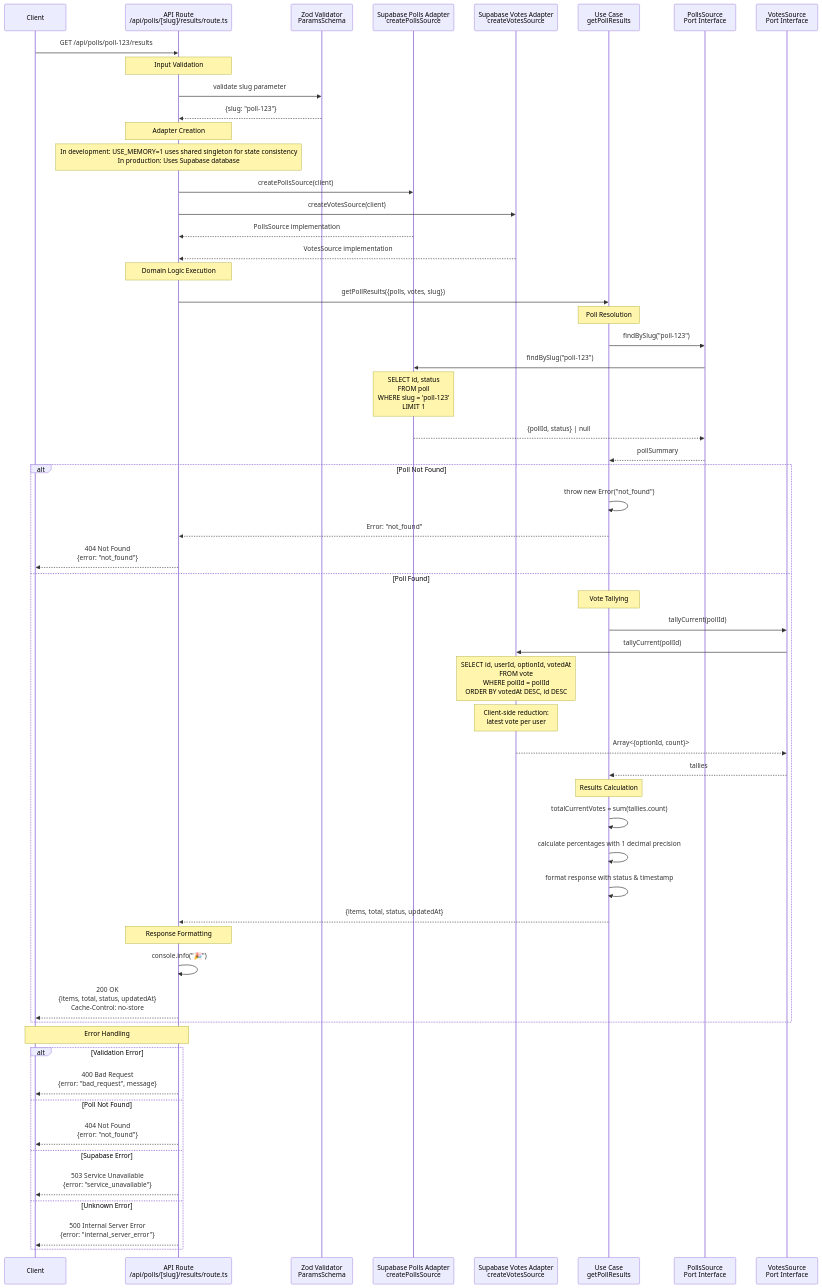
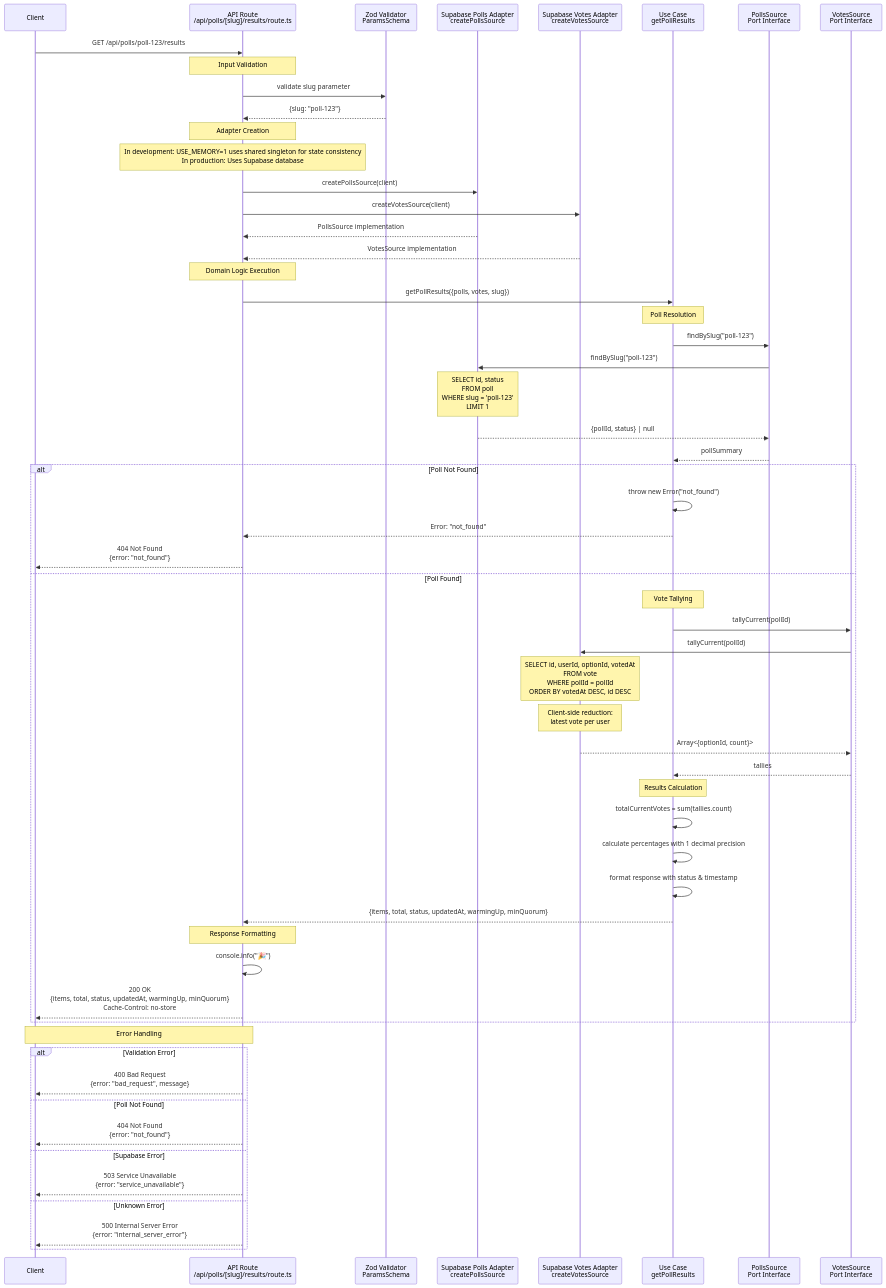
One commit to sandbox-as-a-service/directional-sentiment changed the diagram in .github/sequence-diagrams/get-poll-results.md. Above: the diagram before and after it, drawn with Mermaid. The commit also changed other lines of this file and 2 other files, not shown here.

Commit message:
feat: update API routes and sequence diagrams for poll feed and results endpoints

````diff
--- a/.github/sequence-diagrams/get-poll-results.md
+++ b/.github/sequence-diagrams/get-poll-results.md
@@ -5,74 +5,74 @@
 ```mermaid
 sequenceDiagram
     participant Client
     participant Route as API Route<br/>/api/polls/[slug]/results/route.ts
     participant Zod as Zod Validator<br/>ParamsSchema
     participant SupabasePollsAdapter as Supabase Polls Adapter<br/>createPollsSource
     participant SupabaseVotesAdapter as Supabase Votes Adapter<br/>createVotesSource
     participant UseCase as Use Case<br/>getPollResults
     participant PollsSource as PollsSource<br/>Port Interface
     participant VotesSource as VotesSource<br/>Port Interface
 
     Client->>Route: GET /api/polls/poll-123/results
 
     Note over Route: Input Validation
     Route->>Zod: validate slug parameter
     Zod-->>Route: {slug: "poll-123"}
 
     Note over Route: Adapter Creation
     Note over Route: In development: USE_MEMORY=1 uses shared singleton for state consistency<br/>In production: Uses Supabase database
     Route->>SupabasePollsAdapter: createPollsSource(client)
     Route->>SupabaseVotesAdapter: createVotesSource(client)
     SupabasePollsAdapter-->>Route: PollsSource implementation
     SupabaseVotesAdapter-->>Route: VotesSource implementation
 
     Note over Route: Domain Logic Execution
     Route->>UseCase: getPollResults({polls, votes, slug})
 
     Note over UseCase: Poll Resolution
     UseCase->>PollsSource: findBySlug("poll-123")
 
     PollsSource->>SupabasePollsAdapter: findBySlug("poll-123")
     Note over SupabasePollsAdapter: SELECT id, status<br/>FROM poll<br/>WHERE slug = 'poll-123'<br/>LIMIT 1
     SupabasePollsAdapter-->>PollsSource: {pollId, status} | null
 
     PollsSource-->>UseCase: pollSummary
 
     alt Poll Not Found
         UseCase->>UseCase: throw new Error("not_found")
         UseCase-->>Route: Error: "not_found"
         Route-->>Client: 404 Not Found<br/>{error: "not_found"}
     else Poll Found
         Note over UseCase: Vote Tallying
         UseCase->>VotesSource: tallyCurrent(pollId)
 
         VotesSource->>SupabaseVotesAdapter: tallyCurrent(pollId)
         Note over SupabaseVotesAdapter: SELECT id, userId, optionId, votedAt<br/>FROM vote<br/>WHERE pollId = pollId<br/>ORDER BY votedAt DESC, id DESC
         Note over SupabaseVotesAdapter: Client-side reduction:<br/>latest vote per user
         SupabaseVotesAdapter-->>VotesSource: Array<{optionId, count}>
 
         VotesSource-->>UseCase: tallies
 
         Note over UseCase: Results Calculation
         UseCase->>UseCase: totalCurrentVotes = sum(tallies.count)
         UseCase->>UseCase: calculate percentages with 1 decimal precision
         UseCase->>UseCase: format response with status & timestamp
 
-        UseCase-->>Route: {items, total, status, updatedAt}
+        UseCase-->>Route: {items, total, status, updatedAt, warmingUp, minQuorum}
 
         Note over Route: Response Formatting
         Route->>Route: console.info("🎉")
-        Route-->>Client: 200 OK<br/>{items, total, status, updatedAt}<br/>Cache-Control: no-store
+        Route-->>Client: 200 OK<br/>{items, total, status, updatedAt, warmingUp, minQuorum}<br/>Cache-Control: no-store
     end
 
     Note over Route,Client: Error Handling
     alt Validation Error
         Route-->>Client: 400 Bad Request<br/>{error: "bad_request", message}
     else Poll Not Found
         Route-->>Client: 404 Not Found<br/>{error: "not_found"}
     else Supabase Error
         Route-->>Client: 503 Service Unavailable<br/>{error: "service_unavailable"}
     else Unknown Error
         Route-->>Client: 500 Internal Server Error<br/>{error: "internal_server_error"}
     end
 ```
````
